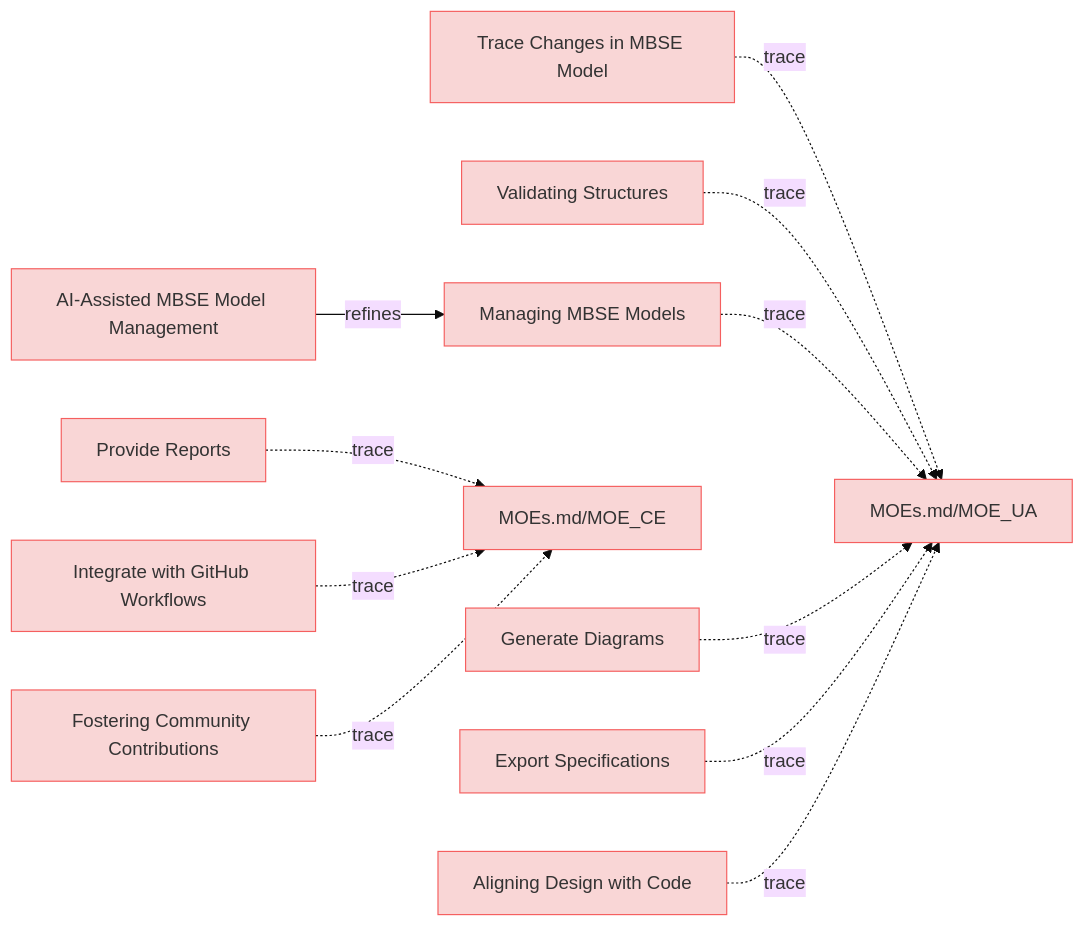
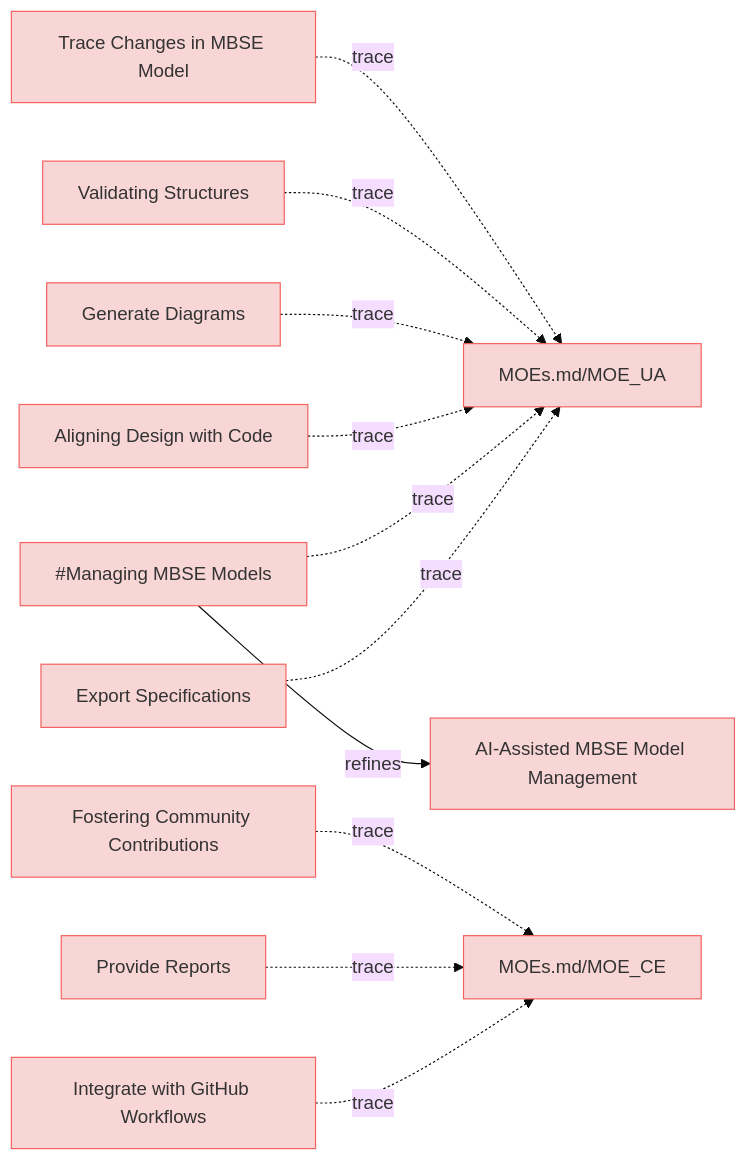
The diagram in specifications/UserStories.md (reqvire-org/reqvire), drawn with Mermaid (base theme) before and after one commit. The commit also changed 20 other files, not shown here.

````diff
--- a/specifications/UserStories.md
+++ b/specifications/UserStories.md
@@ -12,55 +12,55 @@
 ```mermaid
 graph LR;
   %% Graph styling
   classDef requirement fill:#f9d6d6,stroke:#f55f5f,stroke-width:1px;
   classDef verification fill:#d6f9d6,stroke:#5fd75f,stroke-width:1px;
   classDef externalLink fill:#d0e0ff,stroke:#3080ff,stroke-width:1px;
   classDef default fill:#f5f5f5,stroke:#333333,stroke-width:1px;
 
   2591b90e1fb90daa["Trace Changes in MBSE Model"];
-  click 2591b90e1fb90daa "https://github.com/Reqvire/reqvire/blob/30536324899084e88969175e3613c971ffa6e108/specifications/UserStories.md#trace-changes-in-mbse-model";
+  click 2591b90e1fb90daa "https://github.com/Reqvire/reqvire/blob/667635d4628fed400323f7df3689af2dbc2ad666/specifications/UserStories.md#trace-changes-in-mbse-model";
   class 2591b90e1fb90daa requirement;
   6c33f565725d5e41["MOEs.md/MOE_UA"];
   class 6c33f565725d5e41 requirement;
-  click 6c33f565725d5e41 "https://github.com/Reqvire/reqvire/blob/30536324899084e88969175e3613c971ffa6e108/specifications/MOEs.md#moe_ua";
+  click 6c33f565725d5e41 "https://github.com/Reqvire/reqvire/blob/667635d4628fed400323f7df3689af2dbc2ad666/specifications/MOEs.md#moe_ua";
   2591b90e1fb90daa -.->|trace| 6c33f565725d5e41;
   a0f9571f6563d9d3["Validating Structures"];
-  click a0f9571f6563d9d3 "https://github.com/Reqvire/reqvire/blob/30536324899084e88969175e3613c971ffa6e108/specifications/UserStories.md#validating-structures";
+  click a0f9571f6563d9d3 "https://github.com/Reqvire/reqvire/blob/667635d4628fed400323f7df3689af2dbc2ad666/specifications/UserStories.md#validating-structures";
   class a0f9571f6563d9d3 requirement;
   a0f9571f6563d9d3 -.->|trace| 6c33f565725d5e41;
-  c75ac8fa29479ca5["Managing MBSE Models"];
-  click c75ac8fa29479ca5 "https://github.com/Reqvire/reqvire/blob/30536324899084e88969175e3613c971ffa6e108/specifications/UserStories.md#managing-mbse-models";
+  694c4bb24b10f0c7["Generate Diagrams"];
+  click 694c4bb24b10f0c7 "https://github.com/Reqvire/reqvire/blob/667635d4628fed400323f7df3689af2dbc2ad666/specifications/UserStories.md#generate-diagrams";
+  class 694c4bb24b10f0c7 requirement;
+  694c4bb24b10f0c7 -.->|trace| 6c33f565725d5e41;
+  b7a255ea304a325e["Fostering Community Contributions"];
+  click b7a255ea304a325e "https://github.com/Reqvire/reqvire/blob/667635d4628fed400323f7df3689af2dbc2ad666/specifications/UserStories.md#fostering-community-contributions";
+  class b7a255ea304a325e requirement;
+  ac59f565725d5e41["MOEs.md/MOE_CE"];
+  class ac59f565725d5e41 requirement;
+  click ac59f565725d5e41 "https://github.com/Reqvire/reqvire/blob/667635d4628fed400323f7df3689af2dbc2ad666/specifications/MOEs.md#moe_ce";
+  b7a255ea304a325e -.->|trace| ac59f565725d5e41;
+  8fc677b7413bb247["AI-Assisted MBSE Model Management"];
+  click 8fc677b7413bb247 "https://github.com/Reqvire/reqvire/blob/667635d4628fed400323f7df3689af2dbc2ad666/specifications/UserStories.md#ai-assisted-mbse-model-management";
+  class 8fc677b7413bb247 requirement;
+  c75ac8fa29479ca5["#Managing MBSE Models"];
   class c75ac8fa29479ca5 requirement;
+  click c75ac8fa29479ca5 "https://github.com/Reqvire/reqvire/blob/667635d4628fed400323f7df3689af2dbc2ad666/specifications/UserStories.md#managing-mbse-models";
+  c75ac8fa29479ca5 -->|refines| 8fc677b7413bb247;
+  a9bc74070fc71e6d["Aligning Design with Code"];
+  click a9bc74070fc71e6d "https://github.com/Reqvire/reqvire/blob/667635d4628fed400323f7df3689af2dbc2ad666/specifications/UserStories.md#aligning-design-with-code";
+  class a9bc74070fc71e6d requirement;
+  a9bc74070fc71e6d -.->|trace| 6c33f565725d5e41;
   c75ac8fa29479ca5 -.->|trace| 6c33f565725d5e41;
   9cb6618c17d19a11["Provide Reports"];
-  click 9cb6618c17d19a11 "https://github.com/Reqvire/reqvire/blob/30536324899084e88969175e3613c971ffa6e108/specifications/UserStories.md#provide-reports";
+  click 9cb6618c17d19a11 "https://github.com/Reqvire/reqvire/blob/667635d4628fed400323f7df3689af2dbc2ad666/specifications/UserStories.md#provide-reports";
   class 9cb6618c17d19a11 requirement;
-  ac59f565725d5e41["MOEs.md/MOE_CE"];
-  class ac59f565725d5e41 requirement;
-  click ac59f565725d5e41 "https://github.com/Reqvire/reqvire/blob/30536324899084e88969175e3613c971ffa6e108/specifications/MOEs.md#moe_ce";
   9cb6618c17d19a11 -.->|trace| ac59f565725d5e41;
-  694c4bb24b10f0c7["Generate Diagrams"];
-  click 694c4bb24b10f0c7 "https://github.com/Reqvire/reqvire/blob/30536324899084e88969175e3613c971ffa6e108/specifications/UserStories.md#generate-diagrams";
-  class 694c4bb24b10f0c7 requirement;
-  694c4bb24b10f0c7 -.->|trace| 6c33f565725d5e41;
+  3bb2096c4648e3ff["Export Specifications"];
+  click 3bb2096c4648e3ff "https://github.com/Reqvire/reqvire/blob/667635d4628fed400323f7df3689af2dbc2ad666/specifications/UserStories.md#export-specifications";
+  class 3bb2096c4648e3ff requirement;
+  3bb2096c4648e3ff -.->|trace| 6c33f565725d5e41;
   1563f8454019c887["Integrate with GitHub Workflows"];
-  click 1563f8454019c887 "https://github.com/Reqvire/reqvire/blob/30536324899084e88969175e3613c971ffa6e108/specifications/UserStories.md#integrate-with-github-workflows";
+  click 1563f8454019c887 "https://github.com/Reqvire/reqvire/blob/667635d4628fed400323f7df3689af2dbc2ad666/specifications/UserStories.md#integrate-with-github-workflows";
   class 1563f8454019c887 requirement;
   1563f8454019c887 -.->|trace| ac59f565725d5e41;
-  3bb2096c4648e3ff["Export Specifications"];
-  click 3bb2096c4648e3ff "https://github.com/Reqvire/reqvire/blob/30536324899084e88969175e3613c971ffa6e108/specifications/UserStories.md#export-specifications";
-  class 3bb2096c4648e3ff requirement;
-  3bb2096c4648e3ff -.->|trace| 6c33f565725d5e41;
-  a9bc74070fc71e6d["Aligning Design with Code"];
-  click a9bc74070fc71e6d "https://github.com/Reqvire/reqvire/blob/30536324899084e88969175e3613c971ffa6e108/specifications/UserStories.md#aligning-design-with-code";
-  class a9bc74070fc71e6d requirement;
-  a9bc74070fc71e6d -.->|trace| 6c33f565725d5e41;
-  b7a255ea304a325e["Fostering Community Contributions"];
-  click b7a255ea304a325e "https://github.com/Reqvire/reqvire/blob/30536324899084e88969175e3613c971ffa6e108/specifications/UserStories.md#fostering-community-contributions";
-  class b7a255ea304a325e requirement;
-  b7a255ea304a325e -.->|trace| ac59f565725d5e41;
-  8fc677b7413bb247["AI-Assisted MBSE Model Management"];
-  click 8fc677b7413bb247 "https://github.com/Reqvire/reqvire/blob/30536324899084e88969175e3613c971ffa6e108/specifications/UserStories.md#ai-assisted-mbse-model-management";
-  class 8fc677b7413bb247 requirement;
-  8fc677b7413bb247 -->|refines| c75ac8fa29479ca5;
 ```
````
